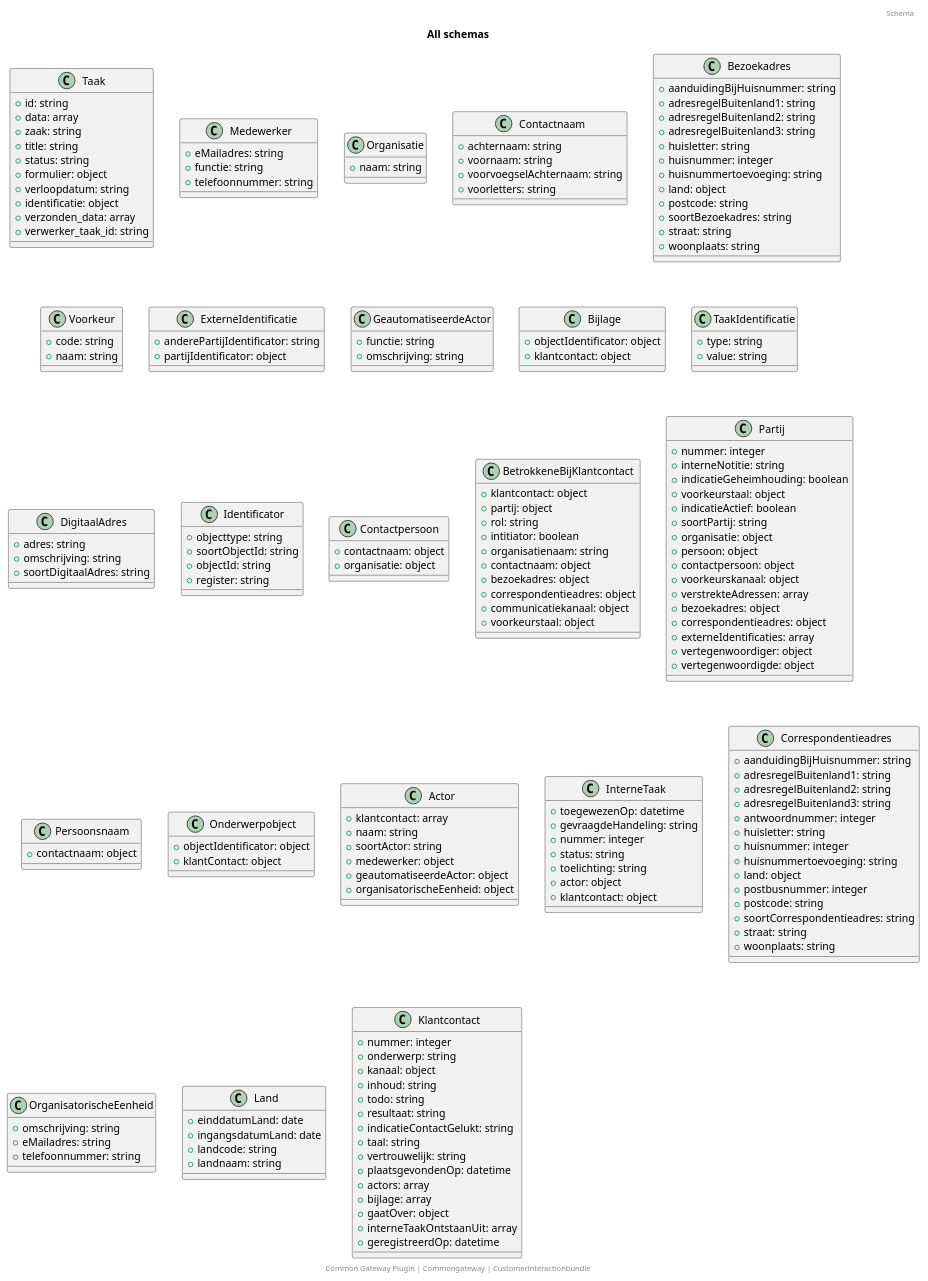
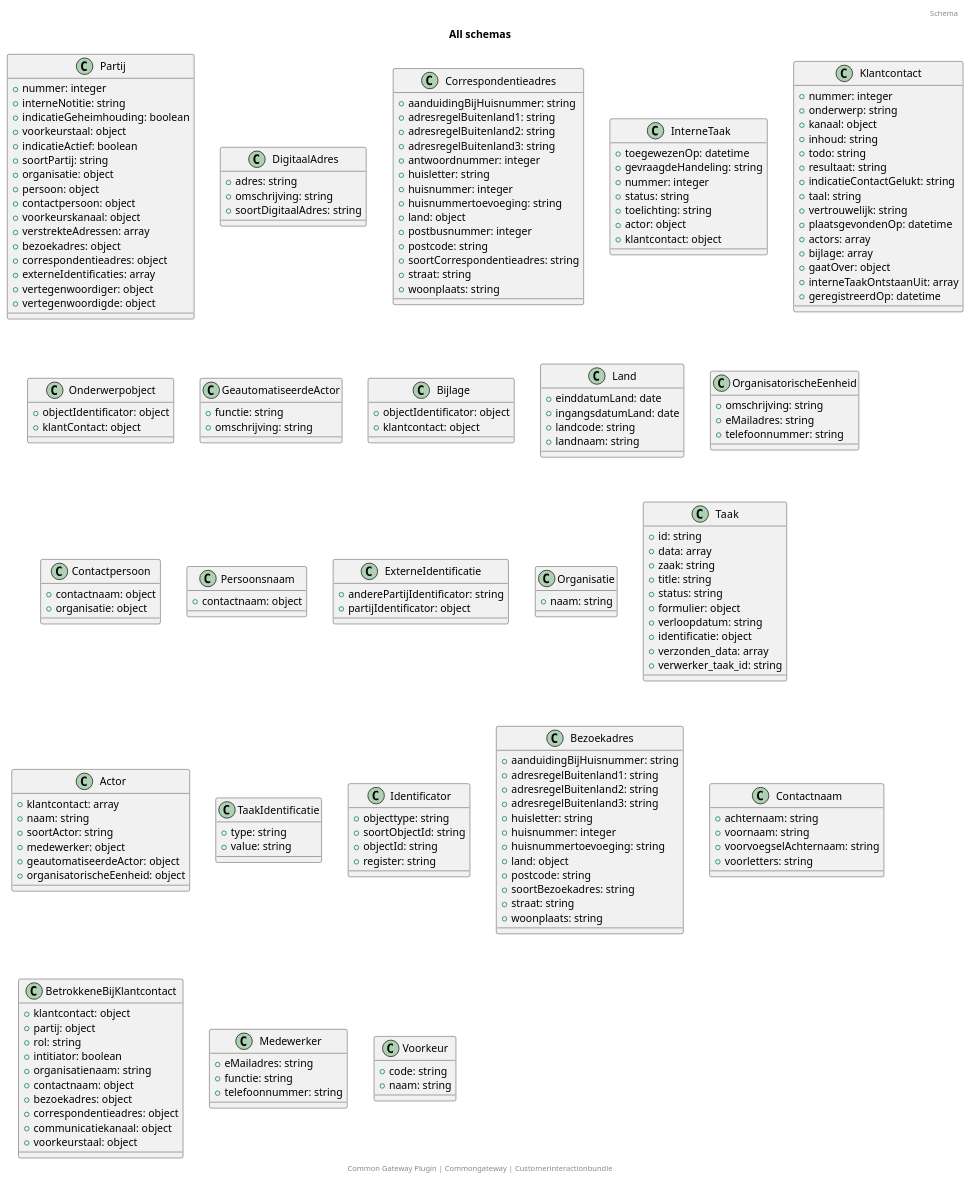
The diagram in docs/schema/all_schema_classes.puml (CommonGateway/CustomerInteractionBundle), drawn with PlantUML before and after one commit. The commit also changed other lines of this file and 24 other files, not shown here.

```diff
--- a/docs/schema/all_schema_classes.puml
+++ b/docs/schema/all_schema_classes.puml
@@ -1,178 +1,178 @@
 @startuml
 title: All schemas
 footer: Common Gateway Plugin | Commongateway | Customerinteractionbundle 
 header: Schema
-class Taak {
-  + id: string
-  + data: array
-  + zaak: string
-  + title: string
-  + status: string
-  + formulier: object
-  + verloopdatum: string
-  + identificatie: object
-  + verzonden_data: array
-  + verwerker_taak_id: string
-}
-class Medewerker {
-  + eMailadres: string
-  + functie: string
-  + telefoonnummer: string
-}
-class Organisatie {
-  + naam: string
-}
-class Contactnaam {
-  + achternaam: string
-  + voornaam: string
-  + voorvoegselAchternaam: string
-  + voorletters: string
-}
-class Bezoekadres {
-  + aanduidingBijHuisnummer: string
-  + adresregelBuitenland1: string
-  + adresregelBuitenland2: string
-  + adresregelBuitenland3: string
-  + huisletter: string
-  + huisnummer: integer
-  + huisnummertoevoeging: string
-  + land: object
-  + postcode: string
-  + soortBezoekadres: string
-  + straat: string
-  + woonplaats: string
-}
-class Voorkeur {
-  + code: string
-  + naam: string
-}
-class ExterneIdentificatie {
-  + anderePartijIdentificator: string
-  + partijIdentificator: object
-}
-class GeautomatiseerdeActor {
-  + functie: string
-  + omschrijving: string
-}
-class Bijlage {
-  + objectIdentificator: object
-  + klantcontact: object
-}
-class TaakIdentificatie {
-  + type: string
-  + value: string
-}
-class DigitaalAdres {
-  + adres: string
-  + omschrijving: string
-  + soortDigitaalAdres: string
-}
-class Identificator {
-  + objecttype: string
-  + soortObjectId: string
-  + objectId: string
-  + register: string
-}
-class Contactpersoon {
-  + contactnaam: object
-  + organisatie: object
-}
-class BetrokkeneBijKlantcontact {
-  + klantcontact: object
-  + partij: object
-  + rol: string
-  + intitiator: boolean
-  + organisatienaam: string
-  + contactnaam: object
-  + bezoekadres: object
-  + correspondentieadres: object
-  + communicatiekanaal: object
-  + voorkeurstaal: object
-}
 class Partij {
   + nummer: integer
   + interneNotitie: string
   + indicatieGeheimhouding: boolean
   + voorkeurstaal: object
   + indicatieActief: boolean
   + soortPartij: string
   + organisatie: object
   + persoon: object
   + contactpersoon: object
   + voorkeurskanaal: object
   + verstrekteAdressen: array
   + bezoekadres: object
   + correspondentieadres: object
   + externeIdentificaties: array
   + vertegenwoordiger: object
   + vertegenwoordigde: object
 }
-class Persoonsnaam {
-  + contactnaam: object
-}
-class Onderwerpobject {
-  + objectIdentificator: object
-  + klantContact: object
-}
-class Actor {
-  + klantcontact: array
-  + naam: string
-  + soortActor: string
-  + medewerker: object
-  + geautomatiseerdeActor: object
-  + organisatorischeEenheid: object
-}
-class InterneTaak {
-  + toegewezenOp: datetime
-  + gevraagdeHandeling: string
-  + nummer: integer
-  + status: string
-  + toelichting: string
-  + actor: object
-  + klantcontact: object
+class DigitaalAdres {
+  + adres: string
+  + omschrijving: string
+  + soortDigitaalAdres: string
 }
 class Correspondentieadres {
   + aanduidingBijHuisnummer: string
   + adresregelBuitenland1: string
   + adresregelBuitenland2: string
   + adresregelBuitenland3: string
   + antwoordnummer: integer
   + huisletter: string
   + huisnummer: integer
   + huisnummertoevoeging: string
   + land: object
   + postbusnummer: integer
   + postcode: string
   + soortCorrespondentieadres: string
   + straat: string
   + woonplaats: string
 }
-class OrganisatorischeEenheid {
-  + omschrijving: string
-  + eMailadres: string
-  + telefoonnummer: string
-}
-class Land {
-  + einddatumLand: date
-  + ingangsdatumLand: date
-  + landcode: string
-  + landnaam: string
+class InterneTaak {
+  + toegewezenOp: datetime
+  + gevraagdeHandeling: string
+  + nummer: integer
+  + status: string
+  + toelichting: string
+  + actor: object
+  + klantcontact: object
 }
 class Klantcontact {
   + nummer: integer
   + onderwerp: string
   + kanaal: object
   + inhoud: string
   + todo: string
   + resultaat: string
   + indicatieContactGelukt: string
   + taal: string
   + vertrouwelijk: string
   + plaatsgevondenOp: datetime
   + actors: array
   + bijlage: array
   + gaatOver: object
   + interneTaakOntstaanUit: array
   + geregistreerdOp: datetime
 }
+class Onderwerpobject {
+  + objectIdentificator: object
+  + klantContact: object
+}
+class GeautomatiseerdeActor {
+  + functie: string
+  + omschrijving: string
+}
+class Bijlage {
+  + objectIdentificator: object
+  + klantcontact: object
+}
+class Land {
+  + einddatumLand: date
+  + ingangsdatumLand: date
+  + landcode: string
+  + landnaam: string
+}
+class OrganisatorischeEenheid {
+  + omschrijving: string
+  + eMailadres: string
+  + telefoonnummer: string
+}
+class Contactpersoon {
+  + contactnaam: object
+  + organisatie: object
+}
+class Persoonsnaam {
+  + contactnaam: object
+}
+class ExterneIdentificatie {
+  + anderePartijIdentificator: string
+  + partijIdentificator: object
+}
+class Organisatie {
+  + naam: string
+}
+class Taak {
+  + id: string
+  + data: array
+  + zaak: string
+  + title: string
+  + status: string
+  + formulier: object
+  + verloopdatum: string
+  + identificatie: object
+  + verzonden_data: array
+  + verwerker_taak_id: string
+}
+class Actor {
+  + klantcontact: array
+  + naam: string
+  + soortActor: string
+  + medewerker: object
+  + geautomatiseerdeActor: object
+  + organisatorischeEenheid: object
+}
+class TaakIdentificatie {
+  + type: string
+  + value: string
+}
+class Identificator {
+  + objecttype: string
+  + soortObjectId: string
+  + objectId: string
+  + register: string
+}
+class Bezoekadres {
+  + aanduidingBijHuisnummer: string
+  + adresregelBuitenland1: string
+  + adresregelBuitenland2: string
+  + adresregelBuitenland3: string
+  + huisletter: string
+  + huisnummer: integer
+  + huisnummertoevoeging: string
+  + land: object
+  + postcode: string
+  + soortBezoekadres: string
+  + straat: string
+  + woonplaats: string
+}
+class Contactnaam {
+  + achternaam: string
+  + voornaam: string
+  + voorvoegselAchternaam: string
+  + voorletters: string
+}
+class BetrokkeneBijKlantcontact {
+  + klantcontact: object
+  + partij: object
+  + rol: string
+  + intitiator: boolean
+  + organisatienaam: string
+  + contactnaam: object
+  + bezoekadres: object
+  + correspondentieadres: object
+  + communicatiekanaal: object
+  + voorkeurstaal: object
+}
+class Medewerker {
+  + eMailadres: string
+  + functie: string
+  + telefoonnummer: string
+}
+class Voorkeur {
+  + code: string
+  + naam: string
+}
 @enduml
```
